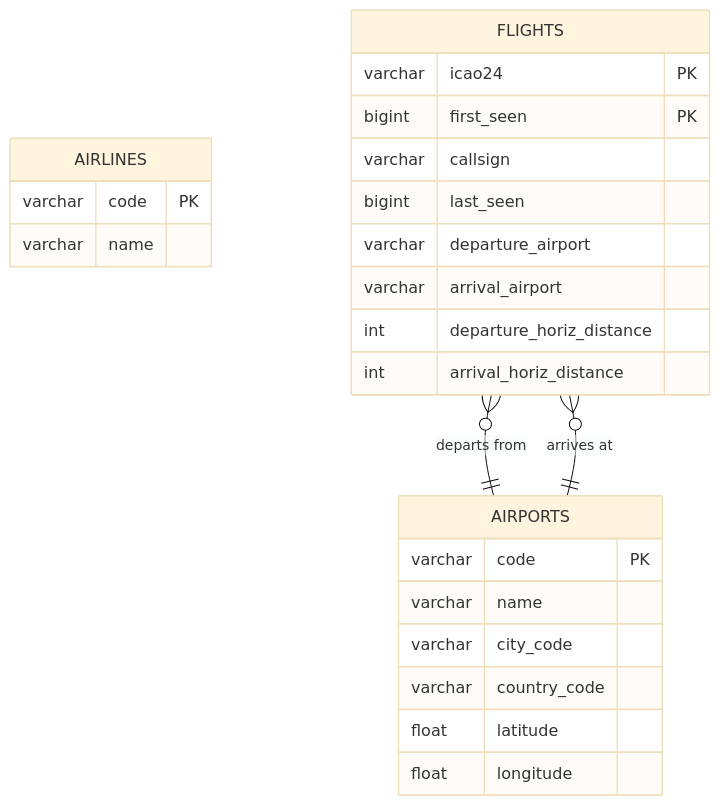
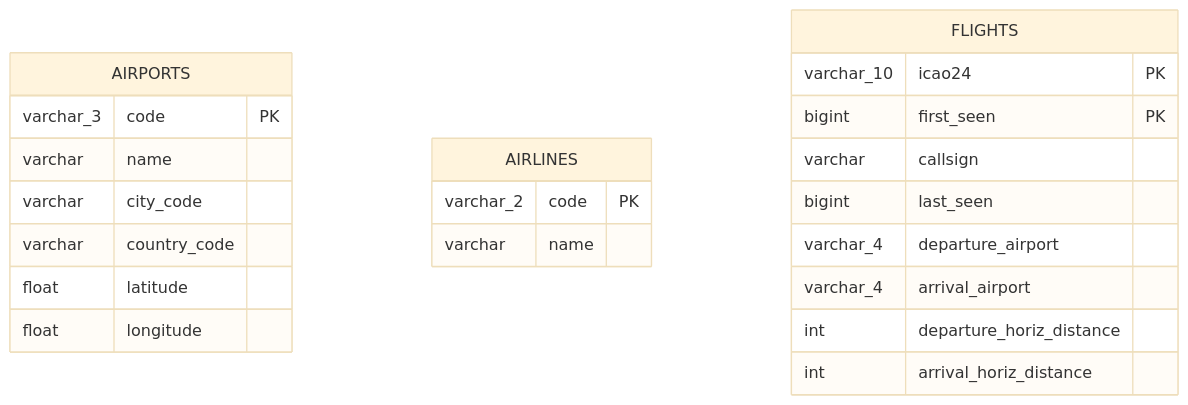
The fifth of 7 diagrams in 01-requirements/c-architecture/architecture_m.md (MatthiasSails/airline-data-platform), drawn with Mermaid (base theme) before and after one commit. The commit also changed other lines of this file, not shown here.

Commit message:
Fix ERD: remove invalid FLIGHTS→AIRPORTS relation
IATA (airports) vs ICAO (flights) codes are incompatible formats.
No foreign key possible — IATA↔ICAO mapping table needed in Phase 2.

````diff
--- a/01-requirements/c-architecture/architecture_m.md
+++ b/01-requirements/c-architecture/architecture_m.md
@@ -141,30 +145,27 @@
 ```mermaid
 erDiagram
     AIRPORTS {
-        varchar code PK
+        varchar_3 code PK
         varchar name
         varchar city_code
         varchar country_code
         float latitude
         float longitude
     }
 
     AIRLINES {
-        varchar code PK
+        varchar_2 code PK
         varchar name
     }
 
     FLIGHTS {
-        varchar icao24 PK
+        varchar_10 icao24 PK
         bigint first_seen PK
         varchar callsign
         bigint last_seen
-        varchar departure_airport
-        varchar arrival_airport
+        varchar_4 departure_airport
+        varchar_4 arrival_airport
         int departure_horiz_distance
         int arrival_horiz_distance
     }
-
-    FLIGHTS }o--|| AIRPORTS : "departs from"
-    FLIGHTS }o--|| AIRPORTS : "arrives at"
 ```
````
